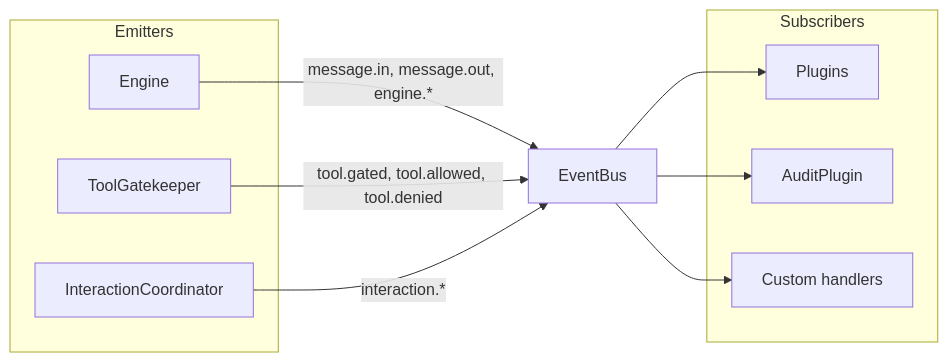
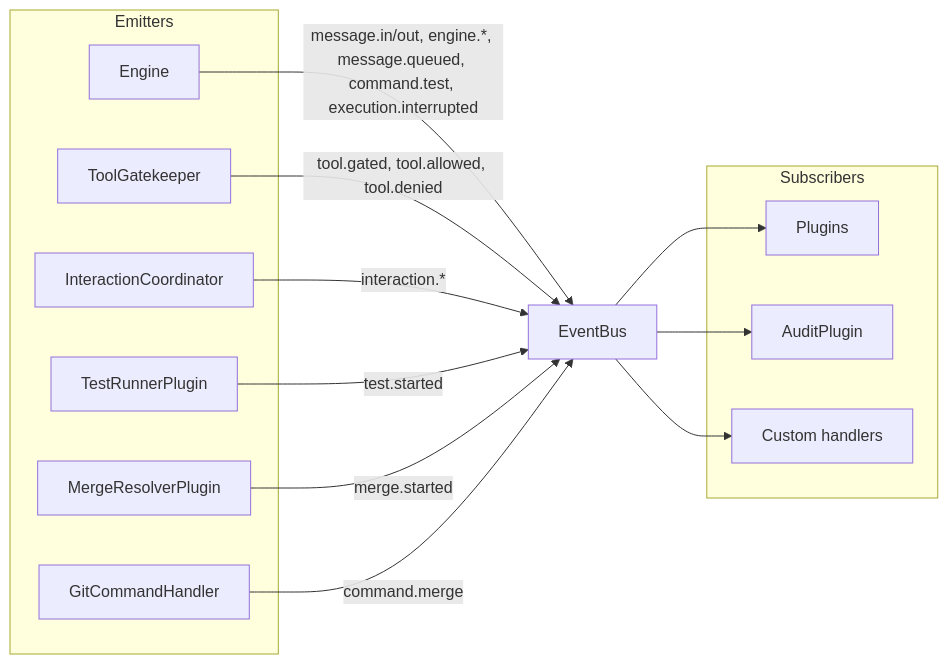
One commit to nodenova/tether changed the diagram in docs/events.md. Above: the diagram before and after it, drawn with Mermaid. The commit also changed other lines of this file and 43 other files, not shown here.

````diff
--- a/docs/events.md
+++ b/docs/events.md
@@ -36,23 +36,29 @@
 ```mermaid
 flowchart LR
     subgraph Emitters
         engine["Engine"]
         gatekeeper["ToolGatekeeper"]
         interactions["InteractionCoordinator"]
+        testrunner["TestRunnerPlugin"]
+        mergeresolver["MergeResolverPlugin"]
+        githandler["GitCommandHandler"]
     end
 
     bus["EventBus"]
 
     subgraph Subscribers
         plugins["Plugins"]
         audit["AuditPlugin"]
         custom["Custom handlers"]
     end
 
-    engine -->|message.in, message.out, engine.*| bus
+    engine -->|message.in/out, engine.*, message.queued, command.test, execution.interrupted| bus
     gatekeeper -->|tool.gated, tool.allowed, tool.denied| bus
     interactions -->|interaction.*| bus
+    testrunner -->|test.started| bus
+    mergeresolver -->|merge.started| bus
+    githandler -->|command.merge| bus
     bus --> plugins
     bus --> audit
     bus --> custom
 ```
````
